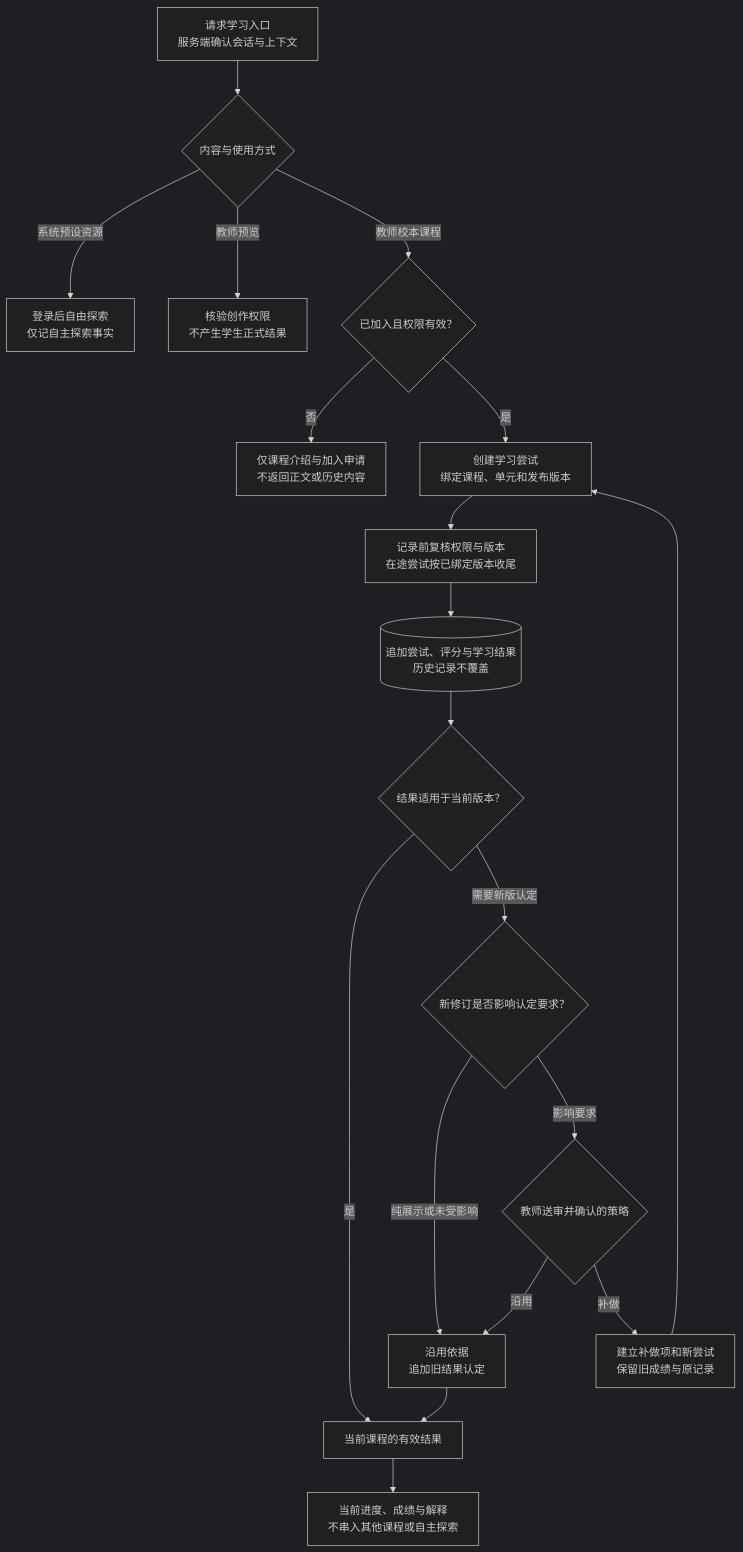
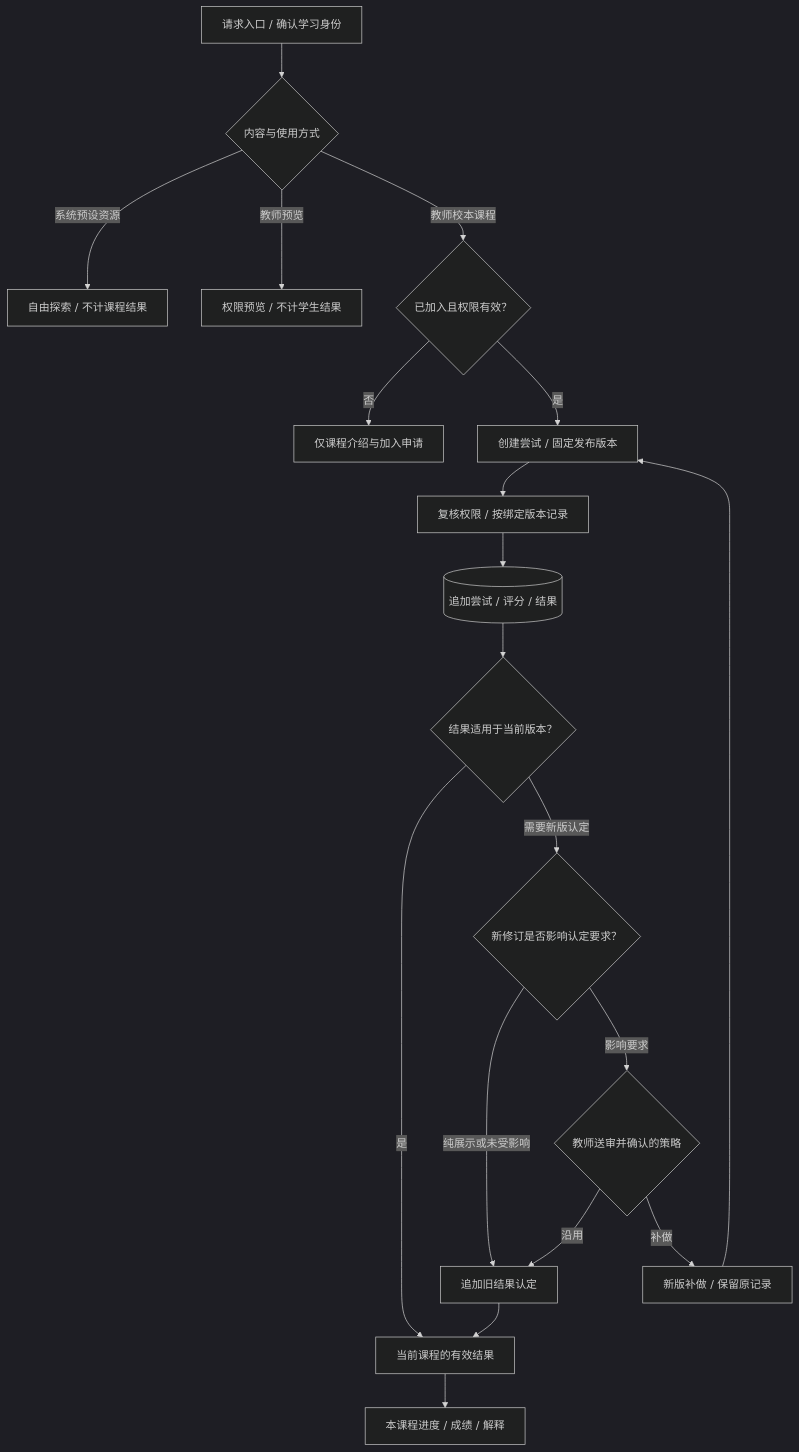
One commit to falling-feather/Astra changed the tenth of 10 diagrams in doc/01-开发者手册.md. Above: the diagram before and after it, drawn with Mermaid (dark theme). The commit also changed other lines of this file and 8 other files, not shown here.

````diff
--- a/doc/01-开发者手册.md
+++ b/doc/01-开发者手册.md
@@ -661,21 +719,21 @@
 ```mermaid
 flowchart TD
-    ENTRY["请求学习入口<br/>服务端确认会话与上下文"] --> KIND{"内容与使用方式"}
-    KIND -- "系统预设资源" --> EXPLORE["登录后自由探索<br/>仅记自主探索事实"]
-    KIND -- "教师预览" --> PREVIEW["核验创作权限<br/>不产生学生正式结果"]
+    ENTRY["请求入口 / 确认学习身份"] --> KIND{"内容与使用方式"}
+    KIND -- "系统预设资源" --> EXPLORE["自由探索 / 不计课程结果"]
+    KIND -- "教师预览" --> PREVIEW["权限预览 / 不计学生结果"]
     KIND -- "教师校本课程" --> MEMBER{"已加入且权限有效？"}
-    MEMBER -- "否" --> INTRO["仅课程介绍与加入申请<br/>不返回正文或历史内容"]
-    MEMBER -- "是" --> RUN["创建学习尝试<br/>绑定课程、单元和发布版本"]
-    RUN --> EVENT["记录前复核权限与版本<br/>在途尝试按已绑定版本收尾"]
-    EVENT --> HISTORY[("追加尝试、评分与学习结果<br/>历史记录不覆盖")]
+    MEMBER -- "否" --> INTRO["仅课程介绍与加入申请"]
+    MEMBER -- "是" --> RUN["创建尝试 / 固定发布版本"]
+    RUN --> EVENT["复核权限 / 按绑定版本记录"]
+    EVENT --> HISTORY[("追加尝试 / 评分 / 结果")]
     HISTORY --> CURRENT{"结果适用于当前版本？"}
     CURRENT -- "是" --> VALID["当前课程的有效结果"]
     CURRENT -- "需要新版认定" --> IMPACT{"新修订是否影响认定要求？"}
-    IMPACT -- "纯展示或未受影响" --> CARRY["沿用依据<br/>追加旧结果认定"]
+    IMPACT -- "纯展示或未受影响" --> CARRY["追加旧结果认定"]
     IMPACT -- "影响要求" --> POLICY{"教师送审并确认的策略"}
     POLICY -- "沿用" --> CARRY
-    POLICY -- "补做" --> REDO["建立补做项和新尝试<br/>保留旧成绩与原记录"]
+    POLICY -- "补做" --> REDO["新版补做 / 保留原记录"]
     CARRY --> VALID
     REDO --> RUN
-    VALID --> VIEW["当前进度、成绩与解释<br/>不串入其他课程或自主探索"]
+    VALID --> VIEW["本课程进度 / 成绩 / 解释"]
 ```
````
